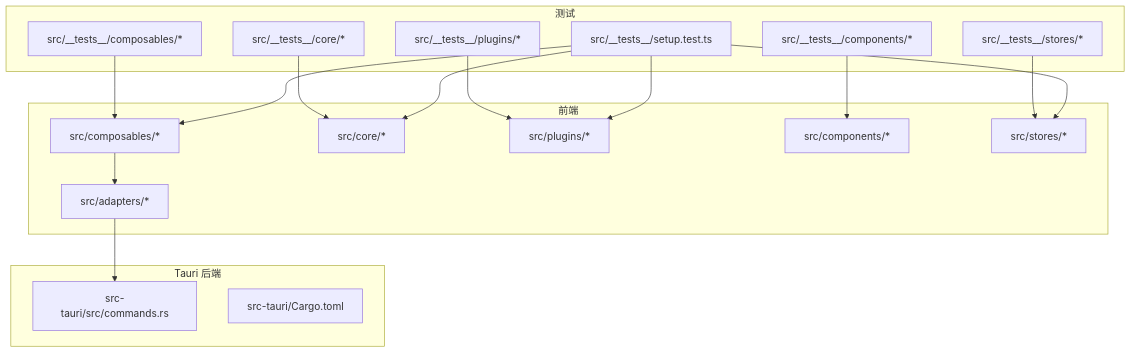
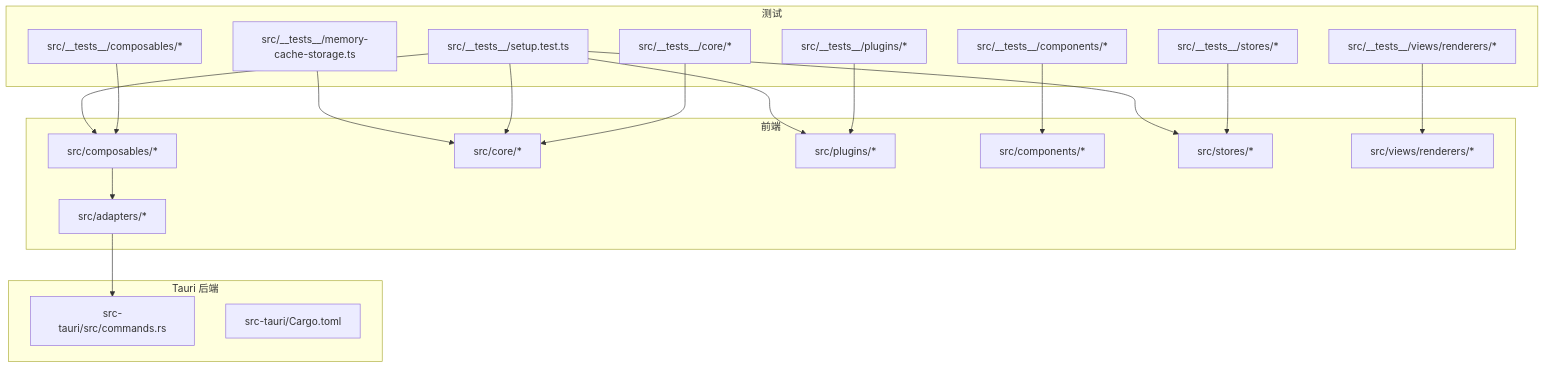
The first of 4 diagrams in .qoder/repowiki/zh/content/测试指南.md (taoweidong/Hello-Tauri), drawn with Mermaid before and after one commit. The commit also changed other lines of this file and 119 other files, not shown here.

````diff
--- a/.qoder/repowiki/zh/content/测试指南.md
+++ b/.qoder/repowiki/zh/content/测试指南.md
@@ -43,34 +82,39 @@
 ```mermaid
 graph TB
 subgraph "前端"
 A["src/composables/*"]
 B["src/core/*"]
 C["src/plugins/*"]
 D["src/components/*"]
 E["src/stores/*"]
 F["src/adapters/*"]
+G["src/views/renderers/*"]
 end
 subgraph "测试"
 T1["src/__tests__/composables/*"]
 T2["src/__tests__/core/*"]
 T3["src/__tests__/plugins/*"]
 T4["src/__tests__/components/*"]
 T5["src/__tests__/stores/*"]
+T6["src/__tests__/views/renderers/*"]
 T0["src/__tests__/setup.test.ts"]
+TM["src/__tests__/memory-cache-storage.ts"]
 end
 subgraph "Tauri 后端"
 R1["src-tauri/src/commands.rs"]
 R2["src-tauri/Cargo.toml"]
 end
 T1 --> A
 T2 --> B
 T3 --> C
 T4 --> D
 T5 --> E
+T6 --> G
 T0 --> A
 T0 --> B
 T0 --> C
 T0 --> E
+TM --> B
 A --> F
 F --> R1
 ```
````
